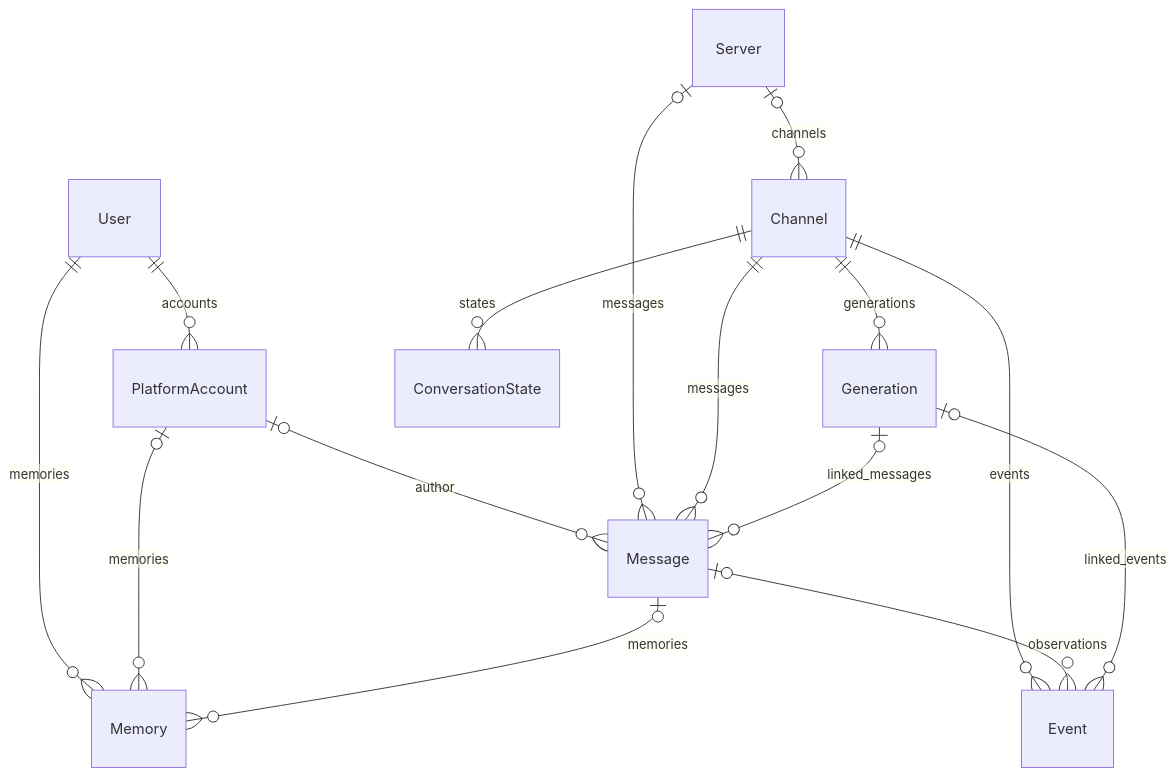
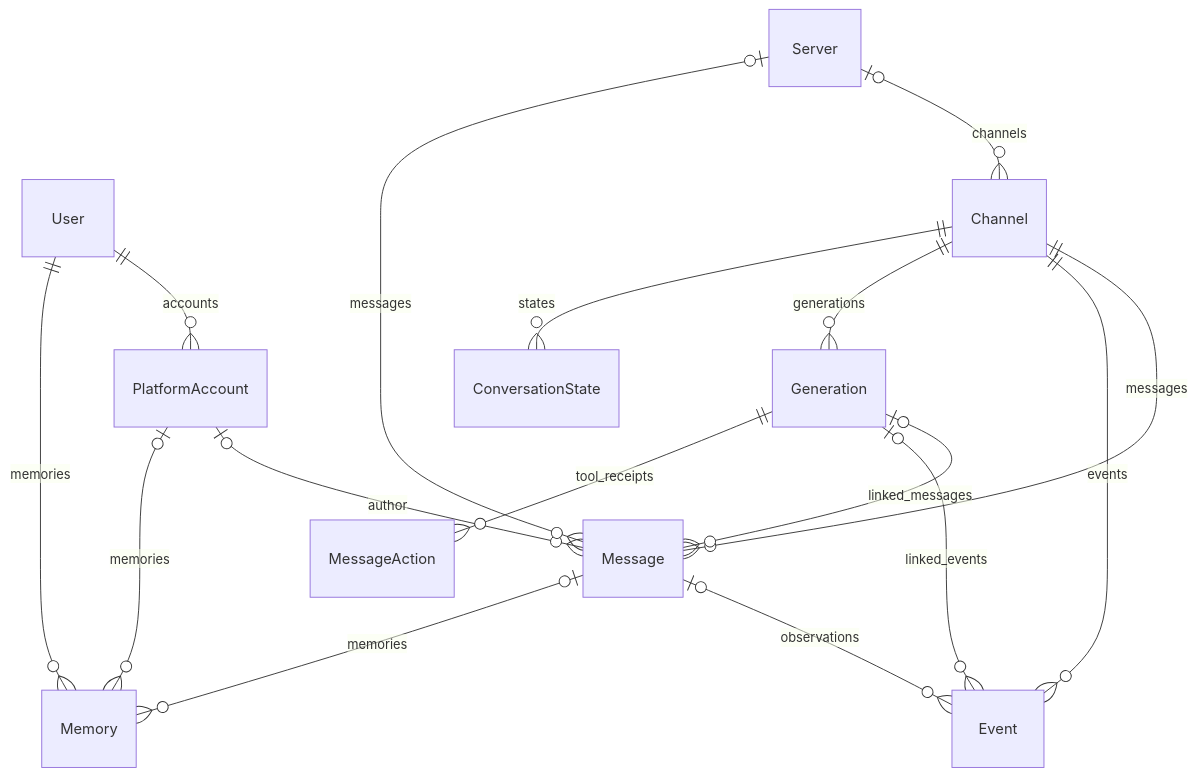
One commit to uheej0625/aimate changed the diagram in docs/데이터/데이터 모델.md. Above: the diagram before and after it, drawn with Mermaid. The commit also changed other lines of this file and 30 other files, not shown here.

Commit message:
feat: add message action tools for Discord and enhance ToolExecutionContextFactory

````diff
--- a/docs/데이터/데이터 모델.md
+++ b/docs/데이터/데이터 모델.md
@@ -5,17 +5,18 @@
 ```mermaid
 erDiagram
     User ||--o{ PlatformAccount : accounts
     PlatformAccount o|--o{ Message : author
     Server o|--o{ Channel : channels
     Server o|--o{ Message : messages
     Channel ||--o{ Message : messages
     Channel ||--o{ Event : events
     Channel ||--o{ Generation : generations
     Channel ||--o{ ConversationState : states
     Message o|--o{ Event : observations
     Generation o|--o{ Message : linked_messages
     Generation o|--o{ Event : linked_events
+    Generation ||--o{ MessageAction : tool_receipts
     User ||--o{ Memory : memories
     PlatformAccount o|--o{ Memory : memories
     Message o|--o{ Memory : memories
 ```
````
